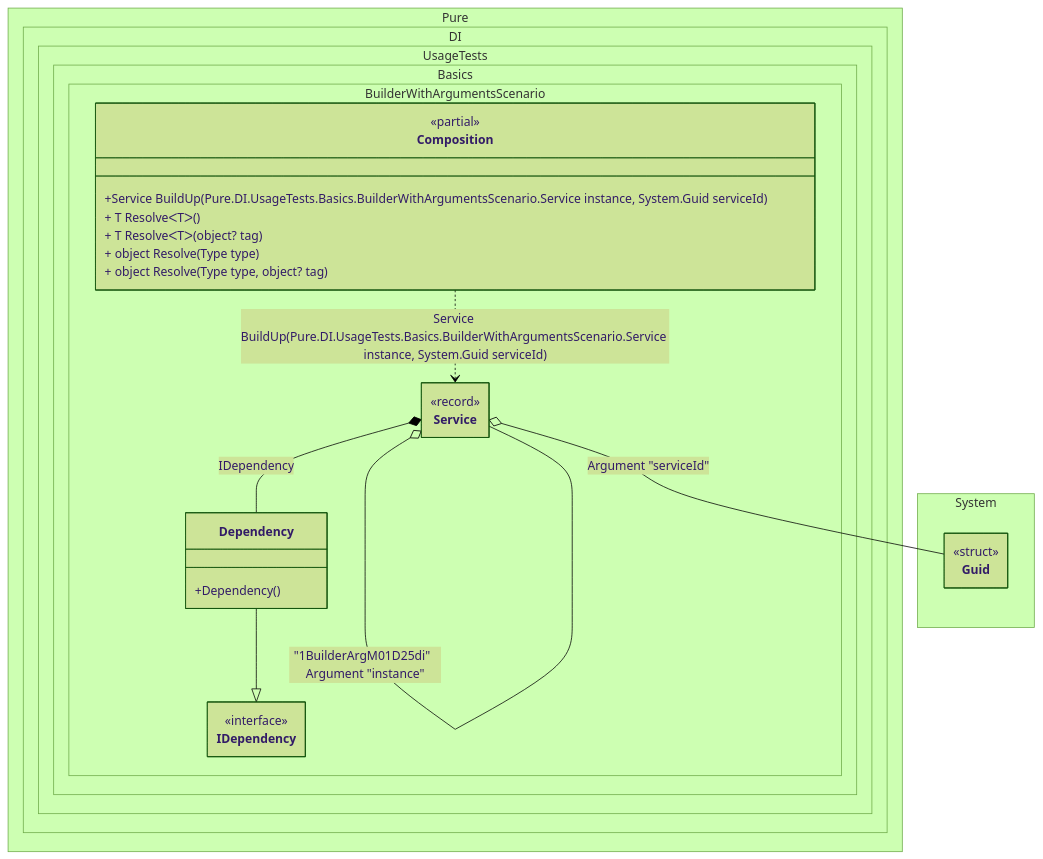
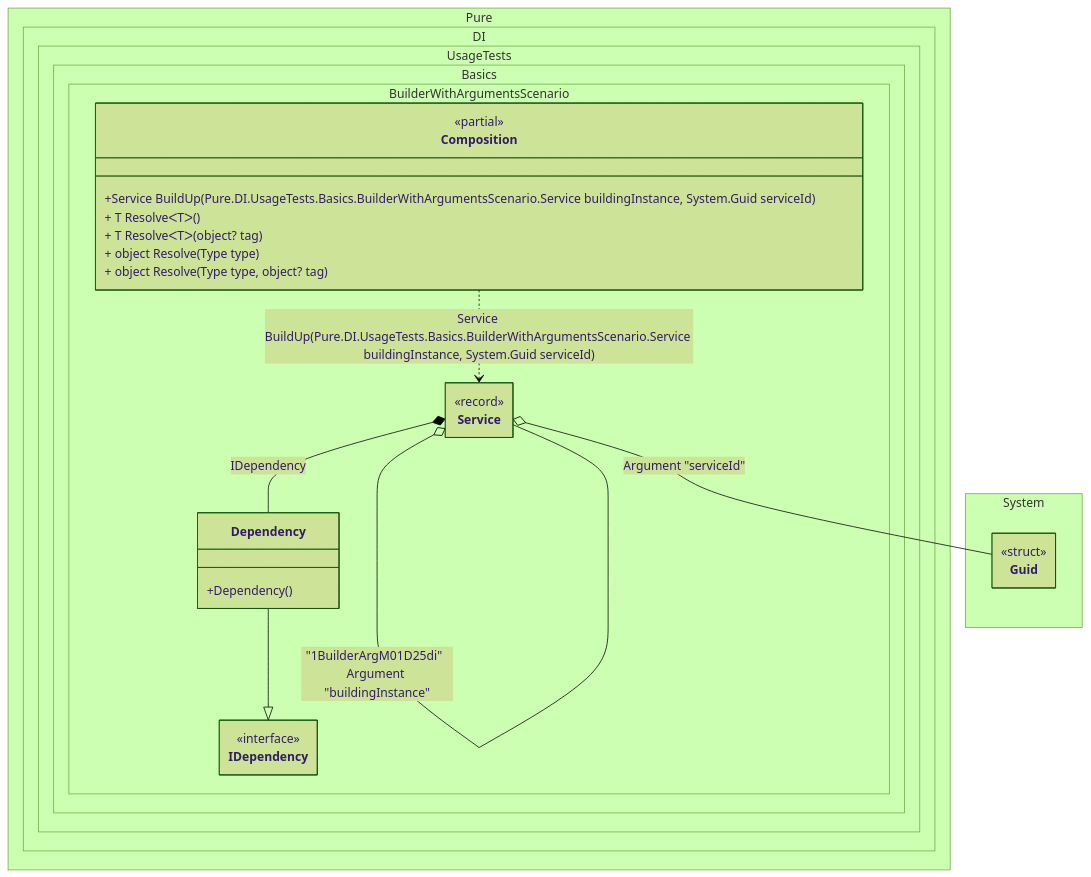
Before and after one commit to DevTeam/Pure.DI: the diagram in readme/builders-with-arguments.md, drawn with Mermaid (forest theme). The commit also changed other lines of this file and 10 other files, not shown here.

````diff
--- a/readme/builders-with-arguments.md
+++ b/readme/builders-with-arguments.md
@@ -152,37 +154,37 @@
 ```mermaid
 ---
  config:
   class:
    hideEmptyMembersBox: true
 ---
 classDiagram
 	Dependency --|> IDependency
-	Composition ..> Service : Service BuildUp(Pure.DI.UsageTests.Basics.BuilderWithArgumentsScenario.Service instance, System.Guid serviceId)
-	Service o-- Service : "1BuilderArgM01D25di"  Argument "instance"
+	Composition ..> Service : Service BuildUp(Pure.DI.UsageTests.Basics.BuilderWithArgumentsScenario.Service buildingInstance, System.Guid serviceId)
+	Service o-- Service : "1BuilderArgM01D25di"  Argument "buildingInstance"
 	Service *--  Dependency : IDependency
 	Service o-- Guid : Argument "serviceId"
 	namespace Pure.DI.UsageTests.Basics.BuilderWithArgumentsScenario {
 		class Composition {
 		<<partial>>
-		+Service BuildUp(Pure.DI.UsageTests.Basics.BuilderWithArgumentsScenario.Service instance, System.Guid serviceId)
+		+Service BuildUp(Pure.DI.UsageTests.Basics.BuilderWithArgumentsScenario.Service buildingInstance, System.Guid serviceId)
 		+ T ResolveᐸTᐳ()
 		+ T ResolveᐸTᐳ(object? tag)
 		+ object Resolve(Type type)
 		+ object Resolve(Type type, object? tag)
 		}
 		class Dependency {
 			+Dependency()
 		}
 		class IDependency {
 			<<interface>>
 		}
 		class Service {
 			<<record>>
 		}
 	}
 	namespace System {
 		class Guid {
 				<<struct>>
 		}
 	}
 ```
````
